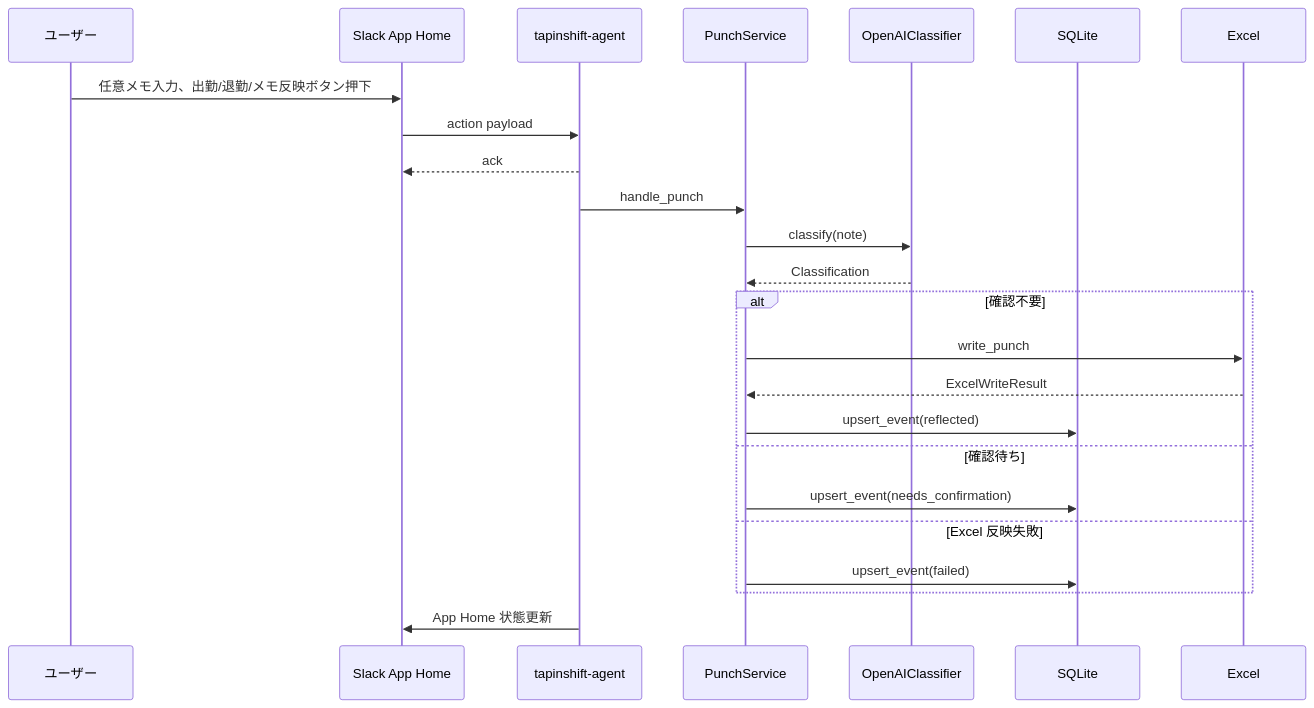
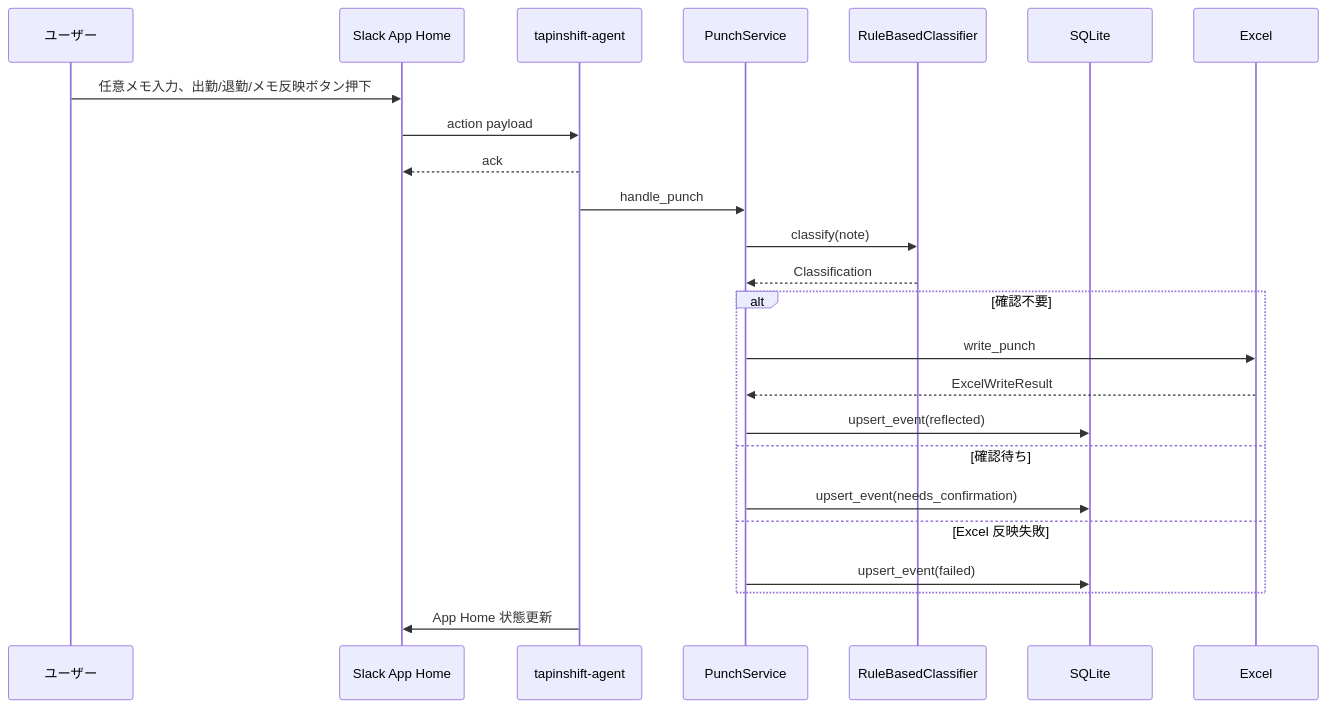
Before and after one commit to Shintaro-Abe/TapInShift: the third of 6 diagrams in docs/functional-design.md, drawn with Mermaid. The commit also changed other lines of this file and 21 other files, not shown here.

````diff
--- a/docs/functional-design.md
+++ b/docs/functional-design.md
@@ -54,27 +53,27 @@
 ```mermaid
 sequenceDiagram
     participant User as ユーザー
     participant Slack as Slack App Home
     participant Agent as tapinshift-agent
     participant Service as PunchService
-    participant Classifier as OpenAIClassifier
+    participant Classifier as RuleBasedClassifier
     participant Store as SQLite
     participant Excel as Excel
 
     User->>Slack: 任意メモ入力、出勤/退勤/メモ反映ボタン押下
     Slack->>Agent: action payload
     Agent-->>Slack: ack
     Agent->>Service: handle_punch
     Service->>Classifier: classify(note)
     Classifier-->>Service: Classification
     alt 確認不要
         Service->>Excel: write_punch
         Excel-->>Service: ExcelWriteResult
         Service->>Store: upsert_event(reflected)
     else 確認待ち
         Service->>Store: upsert_event(needs_confirmation)
     else Excel 反映失敗
         Service->>Store: upsert_event(failed)
     end
     Agent->>Slack: App Home 状態更新
 ```
````
